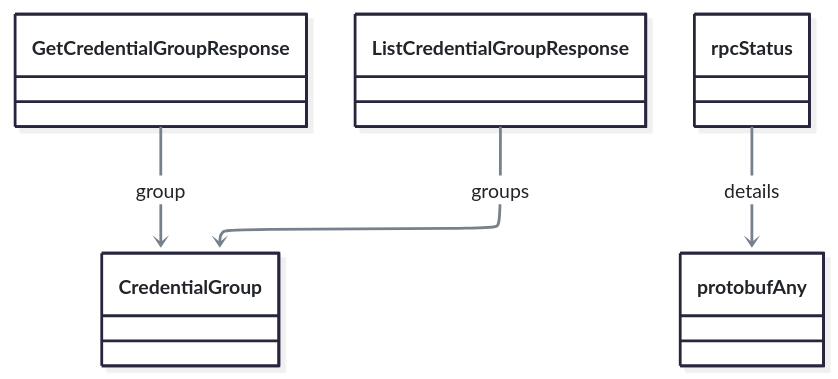
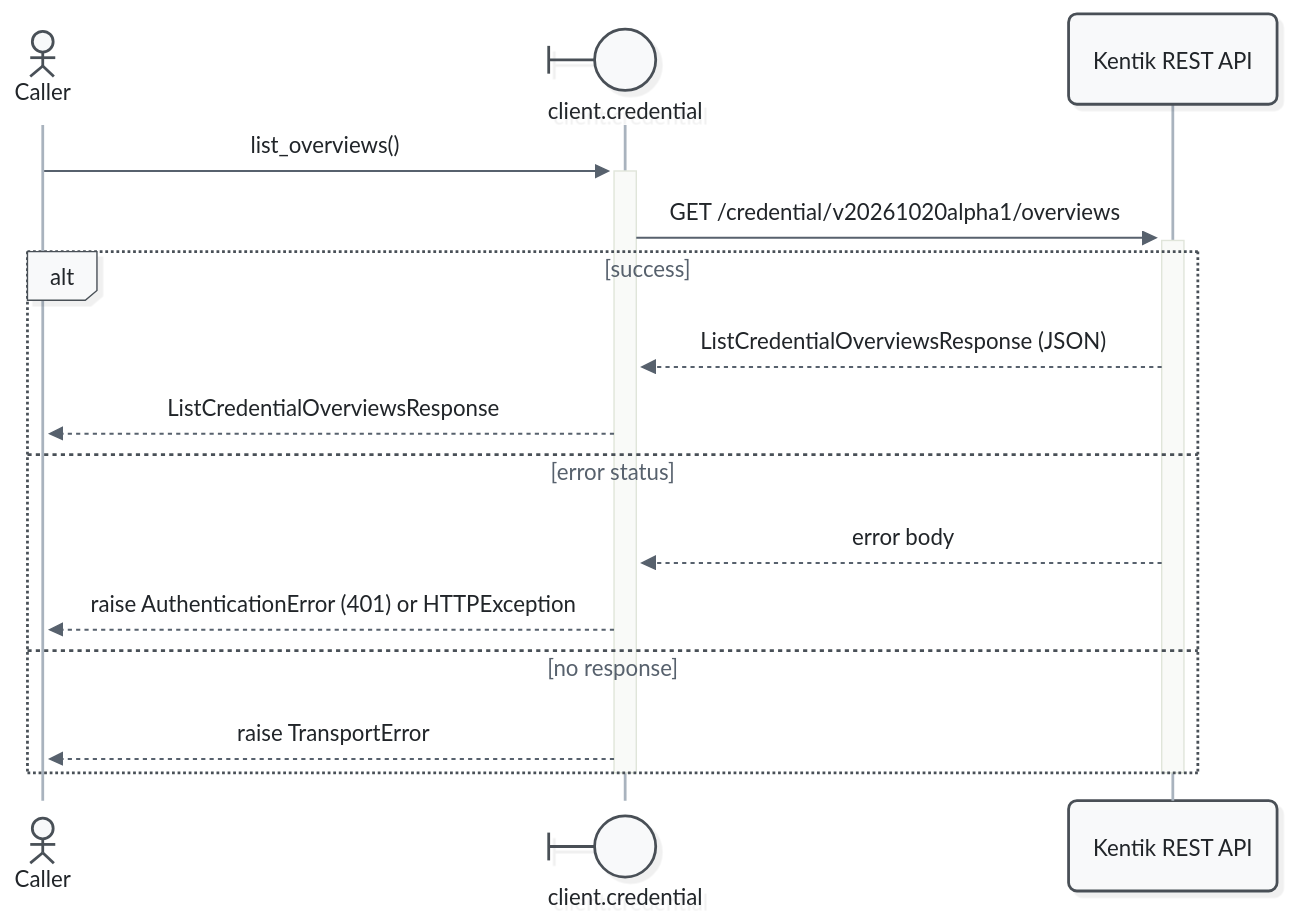
One commit to alexdearaujo/community_sdk_python changed diagram 19 of 21 in docs/sphinx/services/credential.md. Above: the diagram before and after it, drawn with Mermaid. The commit also changed other lines of this file and 160 other files, not shown here.

First line of the commit message:
chore: sync schema to 5d1d2fa

````diff
--- a/docs/sphinx/services/credential.md
+++ b/docs/sphinx/services/credential.md
@@ -188,12 +775,21 @@
 ```mermaid
 %%{init: {"theme": "redux", "look": "neo", "layout": "elk", "fontFamily": "ui-monospace, SFMono-Regular, Menlo, monospace", "themeVariables": {"fontFamily": "ui-monospace, SFMono-Regular, Menlo, monospace", "primaryColor": "#f8f9fa", "primaryBorderColor": "#495057", "primaryTextColor": "#212529", "textColor": "#212529", "lineColor": "#77818c", "edgeLabelBackground": "#ffffff", "actorBkg": "#f8f9fa", "actorBorder": "#495057", "actorTextColor": "#212529", "actorLineColor": "#a9b3be", "signalColor": "#57616d", "signalTextColor": "#212529", "labelBoxBkgColor": "#f8f9fa", "labelBoxBorderColor": "#495057", "labelTextColor": "#212529", "loopTextColor": "#57616d", "noteBkgColor": "#fff9db", "noteBorderColor": "#f08c00", "noteTextColor": "#a35a00"}, "sequence": {"activationWidth": 16}, "flowchart": {"curve": "basis", "nodeSpacing": 30, "rankSpacing": 70, "wrappingWidth": 400}}}%%
-classDiagram
-    class CredentialGroup
-    class GetCredentialGroupResponse
-    class ListCredentialGroupResponse
-    class protobufAny
-    class rpcStatus
-    GetCredentialGroupResponse --> CredentialGroup : group
-    ListCredentialGroupResponse --> CredentialGroup : groups
-    rpcStatus --> protobufAny : details
+sequenceDiagram
+    actor C as Caller
+    participant W@{ "type": "boundary" } as client.credential
+    participant API as Kentik REST API
+
+    C->>+W: list_overviews()
+    W->>+API: GET /credential/v20261020alpha1/overviews
+    alt success
+        API-->>W: ListCredentialOverviewsResponse (JSON)
+        W-->>C: ListCredentialOverviewsResponse
+    else error status
+        API-->>W: error body
+        W-->>C: raise AuthenticationError (401) or HTTPException
+    else no response
+        W-->>C: raise TransportError
+    end
+    deactivate API
+    deactivate W
 ```
````
